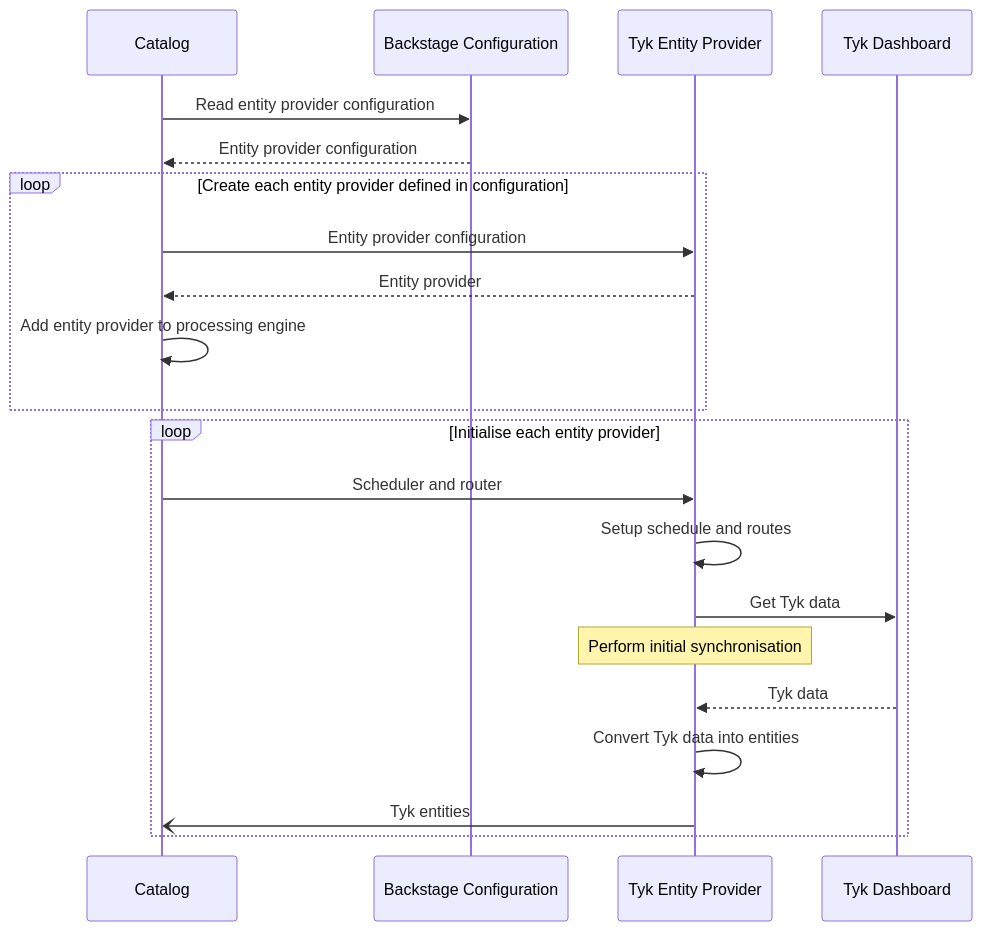
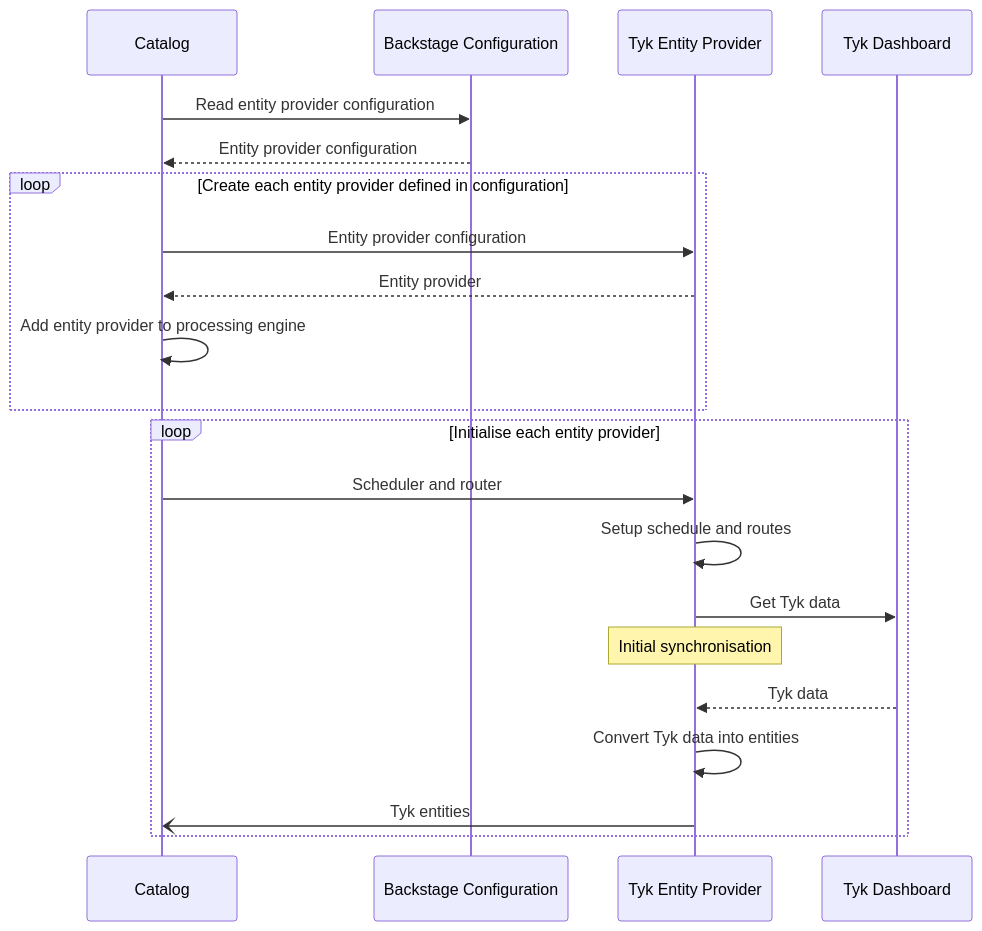
Before and after one commit to TykTechnologies/backstage-plugin-tyk: the first of 4 diagrams in plugins/backend-catalog-tyk-entitiy-provider/README.md, drawn with Mermaid.

Commit message:
minor change

````diff
--- a/plugins/backend-catalog-tyk-entitiy-provider/README.md
+++ b/plugins/backend-catalog-tyk-entitiy-provider/README.md
@@ -10,23 +10,23 @@
 ```mermaid
 sequenceDiagram
     participant ca as Catalog
     participant co as Backstage Configuration
     participant ep as Tyk Entity Provider
     participant td as Tyk Dashboard
     ca->>co: Read entity provider configuration
     co-->>ca: Entity provider configuration
     loop Create each entity provider defined in configuration
         ca->>ep: Entity provider configuration
         ep-->>ca: Entity provider
         ca->>ca: Add entity provider to processing engine
     end
     loop Initialise each entity provider
         ca->>ep: Scheduler and router
         ep->>ep: Setup schedule and routes
         ep->>td: Get Tyk data
-        Note over ep: Perform initial synchronisation
+        Note over ep: Initial synchronisation
         td-->>ep: Tyk data
         ep->>ep: Convert Tyk data into entities
         ep-)ca: Tyk entities
     end
 ```
````
